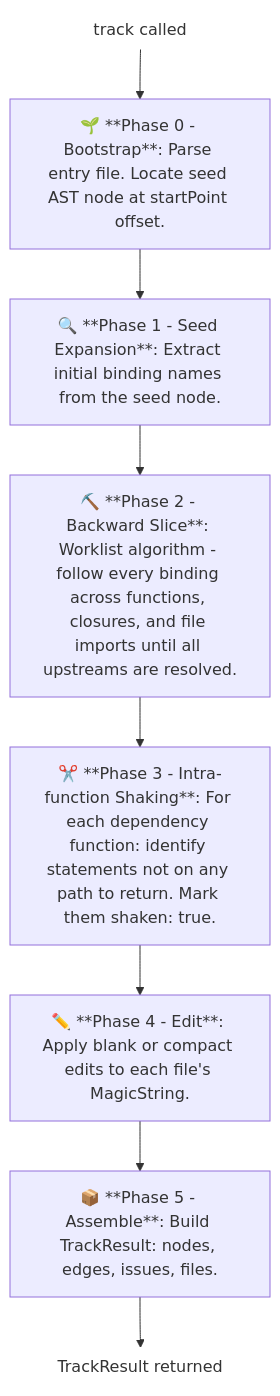
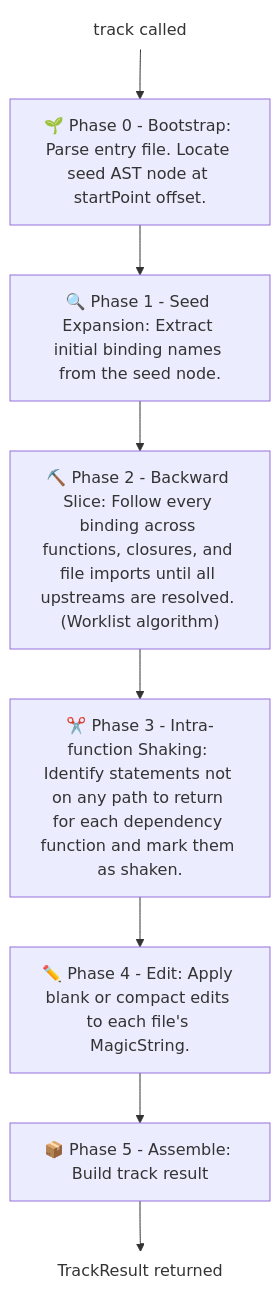
Before and after one commit to soranoo/lineage: the first of 3 diagrams in README.md, drawn with Mermaid. The commit also changed other lines of this file, not shown here.

````diff
--- a/README.md
+++ b/README.md
@@ -144,25 +332,25 @@
 ```mermaid
 flowchart TD
     A([track called]) --> B
 
-    B["🌱 **Phase 0 - Bootstrap**: Parse entry file. Locate seed AST node at startPoint offset."]
+    B["🌱 Phase 0 - Bootstrap: Parse entry file. Locate seed AST node at startPoint offset."]
     B --> C
 
-    C["🔍 **Phase 1 - Seed Expansion**: Extract initial binding names from the seed node."]
+    C["🔍 Phase 1 - Seed Expansion: Extract initial binding names from the seed node."]
     C --> D
 
-    D["⛏️ **Phase 2 - Backward Slice**: Worklist algorithm - follow every binding across functions, closures, and file imports until all upstreams are resolved."]
+    D["⛏️ Phase 2 - Backward Slice: Follow every binding across functions, closures, and file imports until all upstreams are resolved. (Worklist algorithm)"]
     D --> E
 
-    E["✂️ **Phase 3 - Intra-function Shaking**: For each dependency function: identify statements not on any path to return. Mark them shaken: true."]
+    E["✂️ Phase 3 - Intra-function Shaking: Identify statements not on any path to return for each dependency function and mark them as shaken."]
     E --> F
 
-    F["✏️ **Phase 4 - Edit**: Apply blank or compact edits to each file's MagicString."]
+    F["✏️ Phase 4 - Edit: Apply blank or compact edits to each file's MagicString."]
     F --> G
 
-    G["📦 **Phase 5 - Assemble**: Build TrackResult: nodes, edges, issues, files."]
+    G["📦 Phase 5 - Assemble: Build track result"]
     G --> H([TrackResult returned])
 
     style A fill:transparent,stroke:transparent
     style H fill:transparent,stroke:transparent
 ```
````
